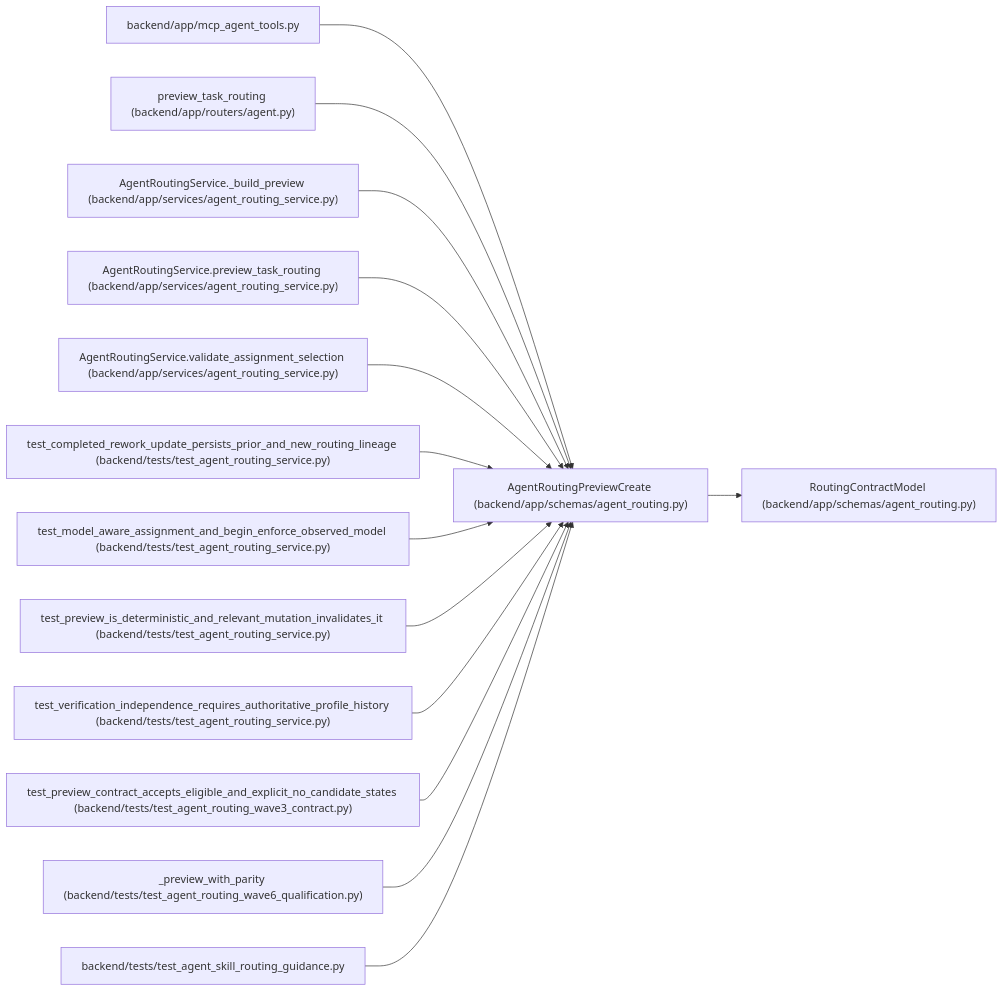
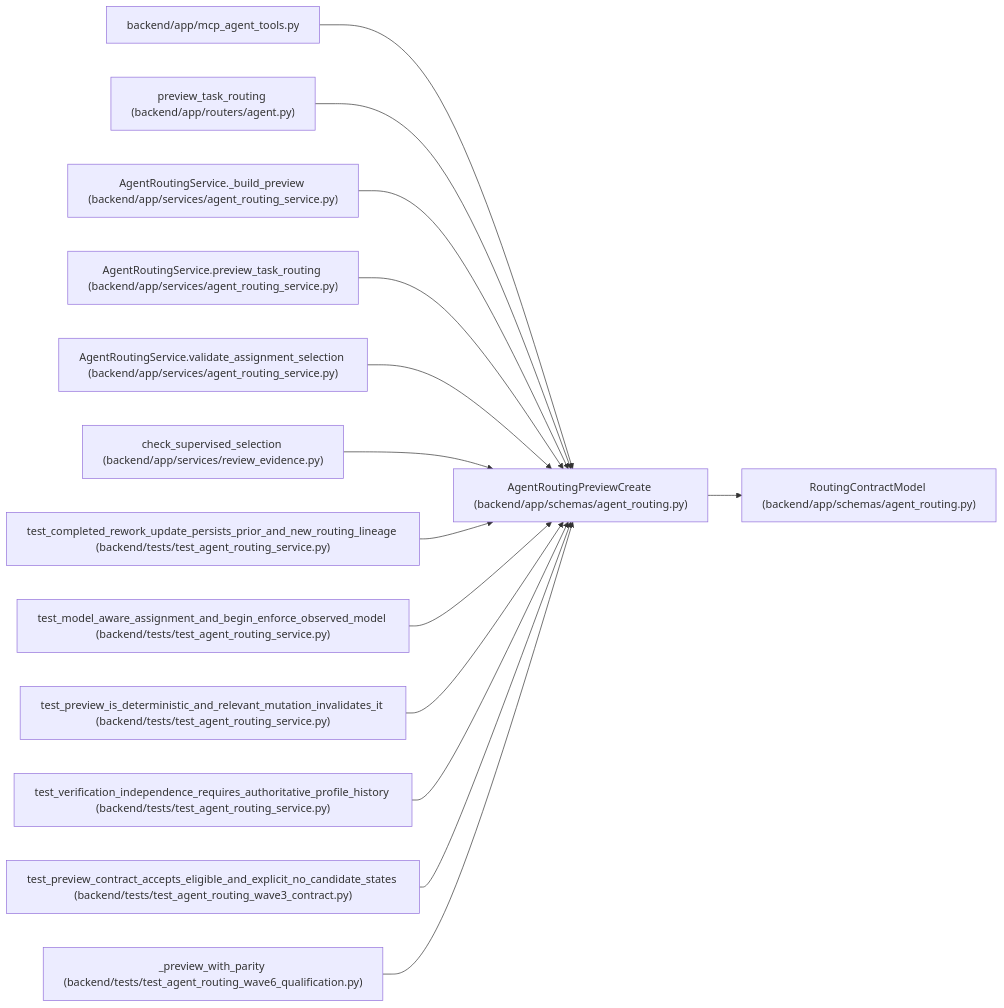
The diagram in docs/llm_wiki/entities/agent_routing_AgentRoutingPreviewCreate.md (Denissvgn/WorkChord), drawn with Mermaid before and after one commit. The commit also changed other lines of this file and 891 other files, not shown here.

Commit message:
Document candidate-bound evidence and independent review policy

````diff
--- a/docs/llm_wiki/entities/agent_routing_AgentRoutingPreviewCreate.md
+++ b/docs/llm_wiki/entities/agent_routing_AgentRoutingPreviewCreate.md
@@ -28,44 +38,44 @@
 ```mermaid
 flowchart LR
     n0["AgentRoutingPreviewCreate (backend/app/schemas/agent_routing.py)"]
     n1["RoutingContractModel (backend/app/schemas/agent_routing.py)"]
     n2["backend/app/mcp_agent_tools.py"]
     n3["preview_task_routing (backend/app/routers/agent.py)"]
     n4["AgentRoutingService._build_preview (backend/app/services/agent_routing_service.py)"]
     n5["AgentRoutingService.preview_task_routing (backend/app/services/agent_routing_service.py)"]
     n6["AgentRoutingService.validate_assignment_selection (backend/app/services/agent_routing_service.py)"]
-    n7["test_completed_rework_update_persists_prior_and_new_routing_lineage (backend/tests/test_agent_routing_service.py)"]
-    n8["test_model_aware_assignment_and_begin_enforce_observed_model (backend/tests/test_agent_routing_service.py)"]
-    n9["test_preview_is_deterministic_and_relevant_mutation_invalidates_it (backend/tests/test_agent_routing_service.py)"]
-    n10["test_verification_independence_requires_authoritative_profile_history (backend/tests/test_agent_routing_service.py)"]
-    n11["test_preview_contract_accepts_eligible_and_explicit_no_candidate_states (backend/tests/test_agent_routing_wave3_contract.py)"]
-    n12["_preview_with_parity (backend/tests/test_agent_routing_wave6_qualification.py)"]
-    n13["backend/tests/test_agent_skill_routing_guidance.py"]
+    n7["check_supervised_selection (backend/app/services/review_evidence.py)"]
+    n8["test_completed_rework_update_persists_prior_and_new_routing_lineage (backend/tests/test_agent_routing_service.py)"]
+    n9["test_model_aware_assignment_and_begin_enforce_observed_model (backend/tests/test_agent_routing_service.py)"]
+    n10["test_preview_is_deterministic_and_relevant_mutation_invalidates_it (backend/tests/test_agent_routing_service.py)"]
+    n11["test_verification_independence_requires_authoritative_profile_history (backend/tests/test_agent_routing_service.py)"]
+    n12["test_preview_contract_accepts_eligible_and_explicit_no_candidate_states (backend/tests/test_agent_routing_wave3_contract.py)"]
+    n13["_preview_with_parity (backend/tests/test_agent_routing_wave6_qualification.py)"]
     n0 --> n1
     n2 --> n0
     n3 --> n0
     n4 --> n0
     n5 --> n0
     n6 --> n0
     n7 --> n0
     n8 --> n0
     n9 --> n0
     n10 --> n0
     n11 --> n0
     n12 --> n0
     n13 --> n0
     click n0 "../modules/agent_routing.md"
     click n1 "../modules/agent_routing.md"
     click n2 "../modules/mcp_agent_tools.md"
     click n3 "../modules/routers_agent.md"
     click n4 "../modules/agent_routing_service.md"
     click n5 "../modules/agent_routing_service.md"
     click n6 "../modules/agent_routing_service.md"
-    click n7 "../modules/test_agent_routing_service.md"
+    click n7 "../modules/services_review_evidence.md"
     click n8 "../modules/test_agent_routing_service.md"
     click n9 "../modules/test_agent_routing_service.md"
     click n10 "../modules/test_agent_routing_service.md"
-    click n11 "../modules/test_agent_routing_wave3_contract.md"
-    click n12 "../modules/test_agent_routing_wave6_qualification.md"
-    click n13 "../modules/test_agent_skill_routing_guidance.md"
+    click n11 "../modules/test_agent_routing_service.md"
+    click n12 "../modules/test_agent_routing_wave3_contract.md"
+    click n13 "../modules/test_agent_routing_wave6_qualification.md"
 ```
````
